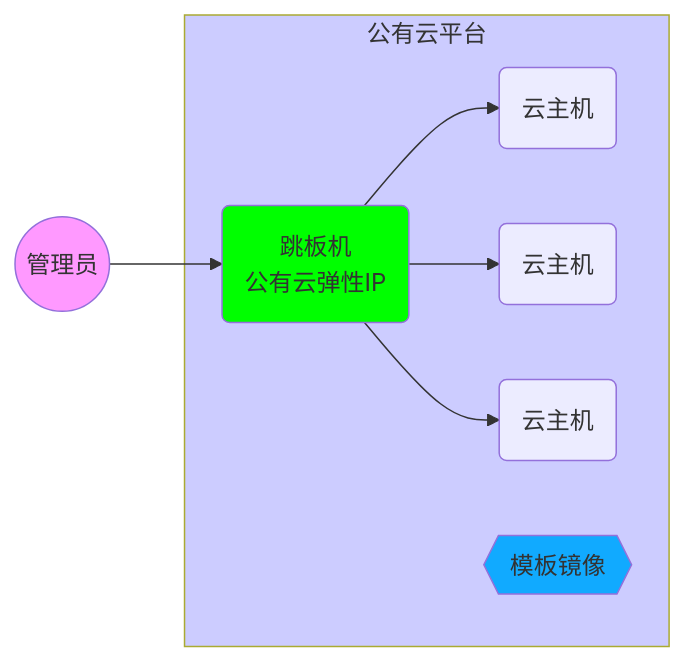
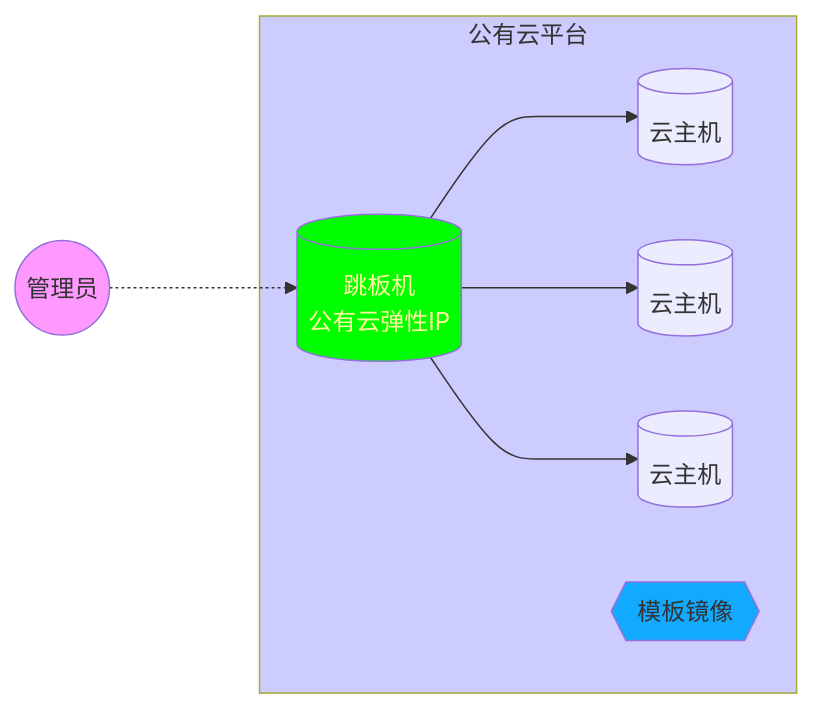
Before and after one commit to byy1679/cloud: the first of 2 diagrams in CLOUD/03/cloud.md, drawn with Mermaid. The commit also changed other lines of this file and 6 other files, not shown here.

````diff
--- a/CLOUD/03/cloud.md
+++ b/CLOUD/03/cloud.md
@@ -5,15 +5,13 @@
 ```mermaid
 graph LR
   subgraph L1[公有云平台]
   style L1 fill:#ccccff
-    P(跳板机<br>公有云弹性IP)
-    style P fill:#00ff00
-    P --> A1(云主机)
-    P --> A2(云主机)
-    P --> A3(云主机)
+    P[(跳板机<br>公有云弹性IP)]
+    style P fill:#00ff00,color:#fffaa0
+    P ---> A1[(云主机)] & A2[(云主机)] & A3[(云主机)]
     M{{模板镜像}}
     style M fill:#11aaff
   end
-U((管理员)) --> P
+U((管理员)) -..-> P
 style U fill:#ff99ff
 ```
````
